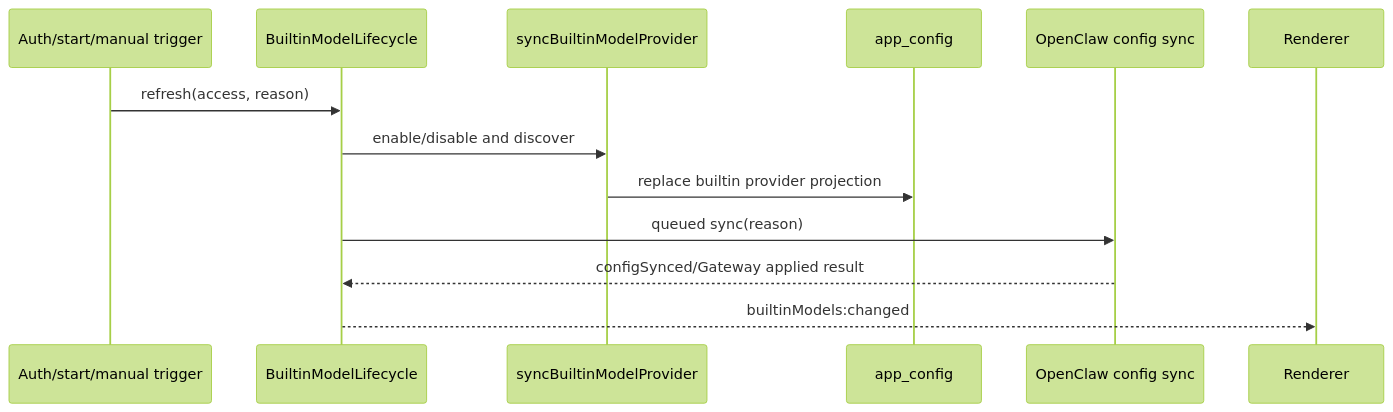
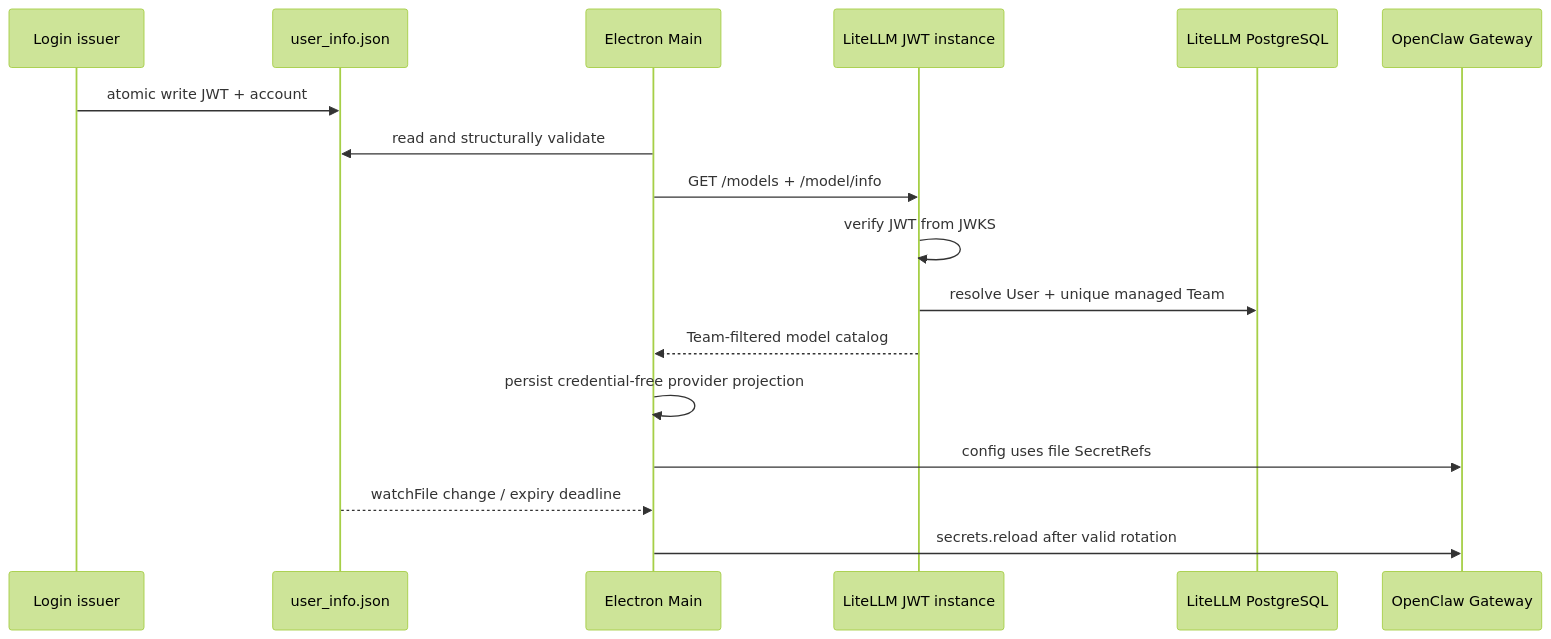
Before and after one commit to liangxhao/JustDo: the diagram in docs/features/authentication-builtin-model-lifecycle.md, drawn with Mermaid (forest theme). The commit also changed other lines of this file and 36 other files, not shown here.

Commit message:
feat(security): authenticate LiteLLM with short-lived JWTs

````diff
--- a/docs/features/authentication-builtin-model-lifecycle.md
+++ b/docs/features/authentication-builtin-model-lifecycle.md
@@ -25,15 +48,19 @@
 ```mermaid
 sequenceDiagram
-  participant A as Auth/start/manual trigger
-  participant L as BuiltinModelLifecycle
-  participant P as syncBuiltinModelProvider
-  participant DB as app_config
-  participant C as OpenClaw config sync
-  participant UI as Renderer
-  A->>L: refresh(access, reason)
-  L->>P: enable/disable and discover
-  P->>DB: replace builtin provider projection
-  L->>C: queued sync(reason)
-  C-->>L: configSynced/Gateway applied result
-  L-->>UI: builtinModels:changed
+  participant I as Login issuer
+  participant F as user_info.json
+  participant M as Electron Main
+  participant L as LiteLLM JWT instance
+  participant DB as LiteLLM PostgreSQL
+  participant G as OpenClaw Gateway
+  I->>F: atomic write JWT + account
+  M->>F: read and structurally validate
+  M->>L: GET /models + /model/info
+  L->>L: verify JWT from JWKS
+  L->>DB: resolve User + unique managed Team
+  L-->>M: Team-filtered model catalog
+  M->>M: persist credential-free provider projection
+  M->>G: config uses file SecretRefs
+  F-->>M: watchFile change / expiry deadline
+  M->>G: secrets.reload after valid rotation
 ```
````
